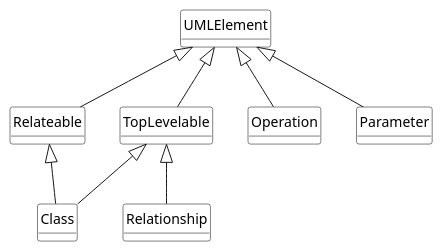
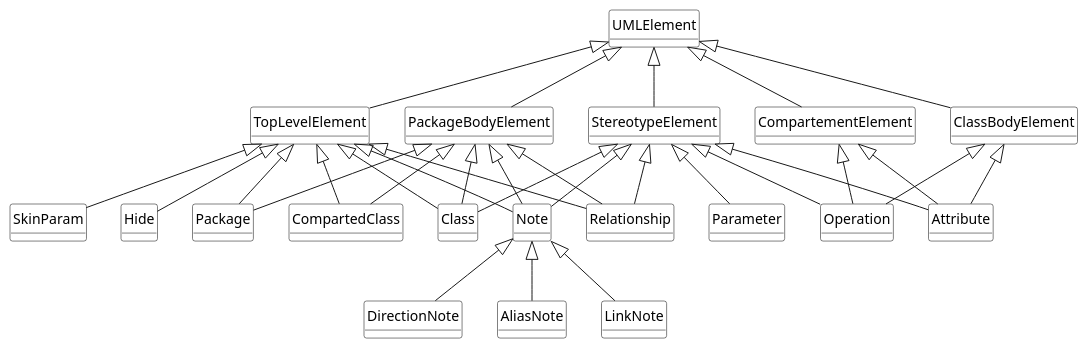
Before and after one commit to tizuck/scala-uml: the diagram in diagrams/plantuml.ast.puml, drawn with PlantUML. The commit also changed 1 other file, not shown here.

Commit message:
First version of PlantUML Ast + uml class diagram depicting class hierarchy

```diff
--- a/diagrams/plantuml.ast.puml
+++ b/diagrams/plantuml.ast.puml
@@ -1,28 +1,46 @@
 @startuml
 class UMLElement 
-class Class {
-}
 
-class Relationship {
-    
-}
 
-UMLElement <|-- Relateable 
-UMLElement <|-- TopLevelable
-UMLElement <|-- Operation 
-UMLElement <|-- Parameter 
-TopLevelable <|-- Relationship
-Relateable <|-- Class 
-TopLevelable <|-- Class 
+UMLElement <|-- TopLevelElement 
+UMLElement <|-- StereotypeElement
+UMLElement <|-- ClassBodyElement 
+UMLElement <|-- PackageBodyElement 
+UMLElement <|-- CompartementElement
+PackageBodyElement <|-- Package 
+TopLevelElement <|-- Package
+TopLevelElement <|-- Relationship
+TopLevelElement <|-- Class 
+PackageBodyElement <|-- Class 
+StereotypeElement <|-- Class 
+StereotypeElement <|-- Parameter 
+StereotypeElement <|-- Operation
+ClassBodyElement <|-- Operation 
+CompartementElement <|-- Operation 
+TopLevelElement <|-- CompartedClass
+PackageBodyElement <|-- CompartedClass
+TopLevelElement <|-- Note 
+StereotypeElement <|-- Note 
+PackageBodyElement <|-- Note 
+Note <|-- DirectionNote
+Note <|-- AliasNote 
+Note <|-- LinkNote 
+TopLevelElement <|-- SkinParam 
+TopLevelElement <|-- Hide 
+PackageBodyElement <|-- Relationship
+StereotypeElement <|-- Relationship
+StereotypeElement <|-- Attribute
+CompartementElement <|-- Attribute 
+ClassBodyElement <|-- Attribute 
 
 hide class circle
 hide class methods 
 hide enum methods 
 
 
 skinparam class {
     BackgroundColor White
     ArrowColor Black
     BorderColor Black
 }
 @enduml 
```
